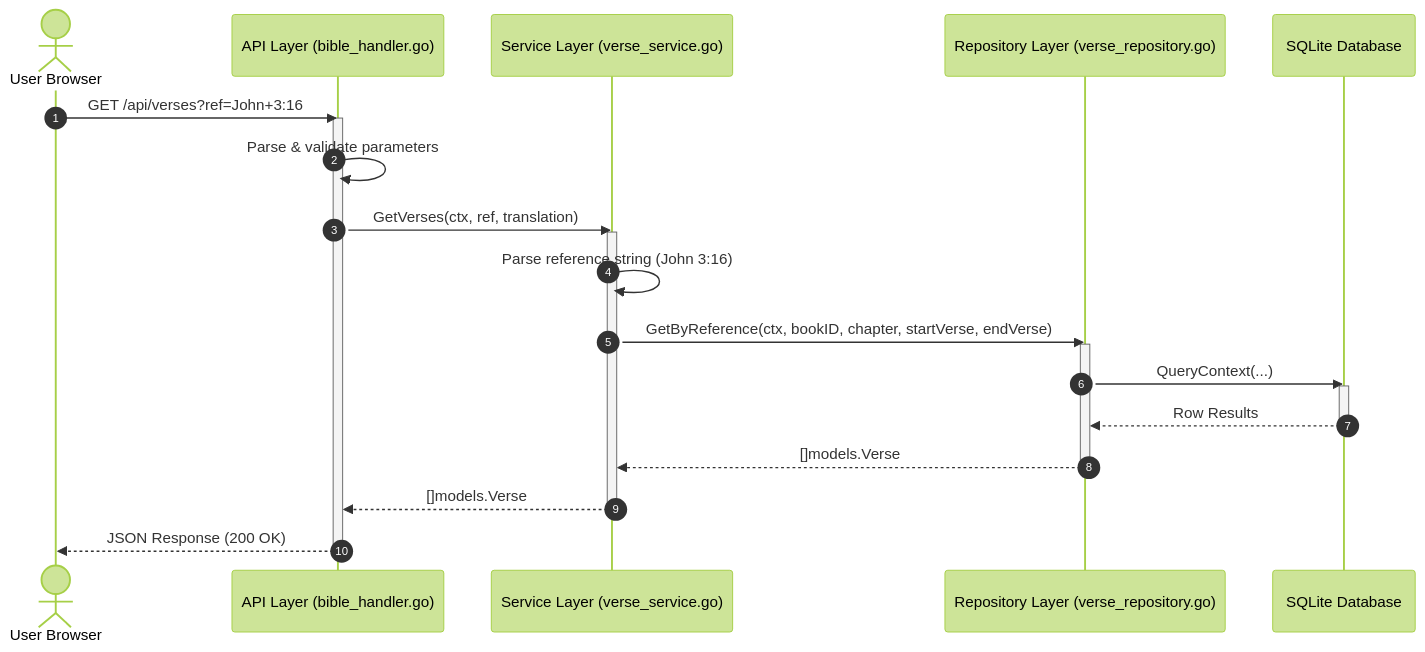
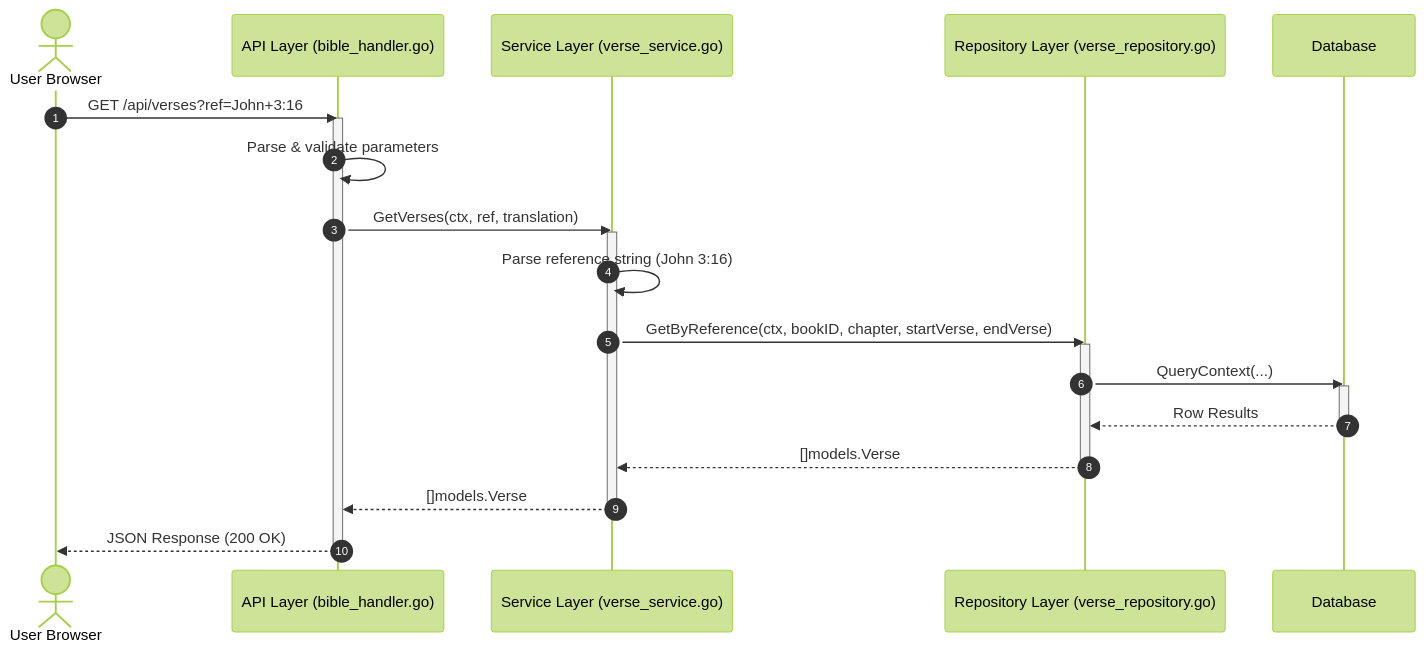
One commit to mvirtai/clible-v3-go changed the second of 2 diagrams in docs/architecture/overview.md. Above: the diagram before and after it, drawn with Mermaid (forest theme). The commit also changed other lines of this file and 6 other files, not shown here.

````diff
--- a/docs/architecture/overview.md
+++ b/docs/architecture/overview.md
@@ -84,28 +92,28 @@
 ```mermaid
 sequenceDiagram
     autonumber
     actor User as User Browser
     participant API as API Layer (bible_handler.go)
     participant SVC as Service Layer (verse_service.go)
     participant DB as Repository Layer (verse_repository.go)
-    participant SQL as SQLite Database
+    participant SQL as Database
 
     User->>API: GET /api/verses?ref=John+3:16
     activate API
     API->>API: Parse & validate parameters
     API->>SVC: GetVerses(ctx, ref, translation)
     activate SVC
     SVC->>SVC: Parse reference string (John 3:16)
     SVC->>DB: GetByReference(ctx, bookID, chapter, startVerse, endVerse)
     activate DB
     DB->>SQL: QueryContext(...)
     activate SQL
     SQL-->>DB: Row Results
     deactivate SQL
     DB-->>SVC: []models.Verse
     deactivate DB
     SVC-->>API: []models.Verse
     deactivate SVC
     API-->>User: JSON Response (200 OK)
     deactivate API
 ```
````
